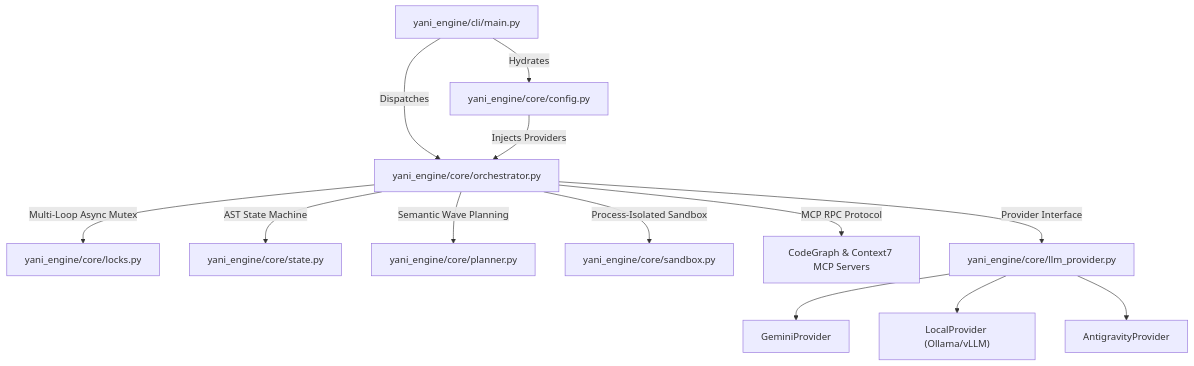
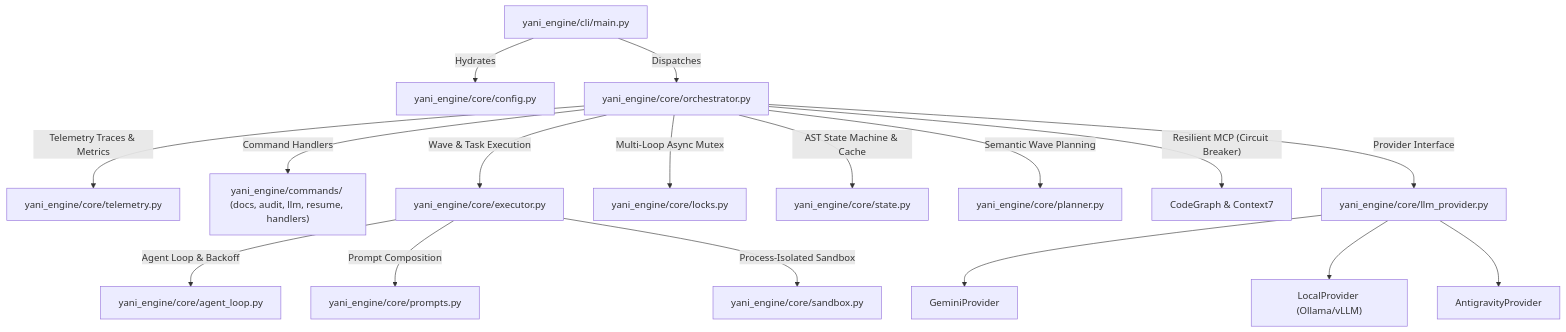
The first of 8 diagrams in docs/05-architecture.md (emmanuelol/yani-engine), drawn with Mermaid before and after one commit. The commit also changed other lines of this file and 2 other files, not shown here.

Commit message:
docs: update architecture, telemetry, and CLI reference in README and docs

````diff
--- a/docs/05-architecture.md
+++ b/docs/05-architecture.md
@@ -9,19 +9,24 @@
 ```mermaid
 graph TD
     CLI["yani_engine/cli/main.py"] -->|"Hydrates"| CFG["yani_engine/core/config.py"]
     CLI -->|"Dispatches"| ORC["yani_engine/core/orchestrator.py"]
     
-    CFG -->|"Injects Providers"| ORC
+    ORC -->|"Telemetry Traces & Metrics"| TEL["yani_engine/core/telemetry.py"]
+    ORC -->|"Command Handlers"| CMD["yani_engine/commands/ (docs, audit, llm, resume, handlers)"]
+    ORC -->|"Wave & Task Execution"| EXE["yani_engine/core/executor.py"]
+    
+    EXE -->|"Agent Loop & Backoff"| AGT["yani_engine/core/agent_loop.py"]
+    EXE -->|"Prompt Composition"| PMT["yani_engine/core/prompts.py"]
+    EXE -->|"Process-Isolated Sandbox"| SB["yani_engine/core/sandbox.py"]
     
     ORC -->|"Multi-Loop Async Mutex"| LCK["yani_engine/core/locks.py"]
-    ORC -->|"AST State Machine"| ST["yani_engine/core/state.py"]
+    ORC -->|"AST State Machine & Cache"| ST["yani_engine/core/state.py"]
     ORC -->|"Semantic Wave Planning"| PL["yani_engine/core/planner.py"]
-    ORC -->|"Process-Isolated Sandbox"| SB["yani_engine/core/sandbox.py"]
     
-    ORC -->|"MCP RPC Protocol"| MCP["CodeGraph & Context7 MCP Servers"]
+    ORC -->|"Resilient MCP (Circuit Breaker)"| MCP["CodeGraph & Context7"]
     ORC -->|"Provider Interface"| LLM["yani_engine/core/llm_provider.py"]
     
     LLM --> Gemini["GeminiProvider"]
     LLM --> Local["LocalProvider (Ollama/vLLM)"]
     LLM --> Agy["AntigravityProvider"]
 ```
````
